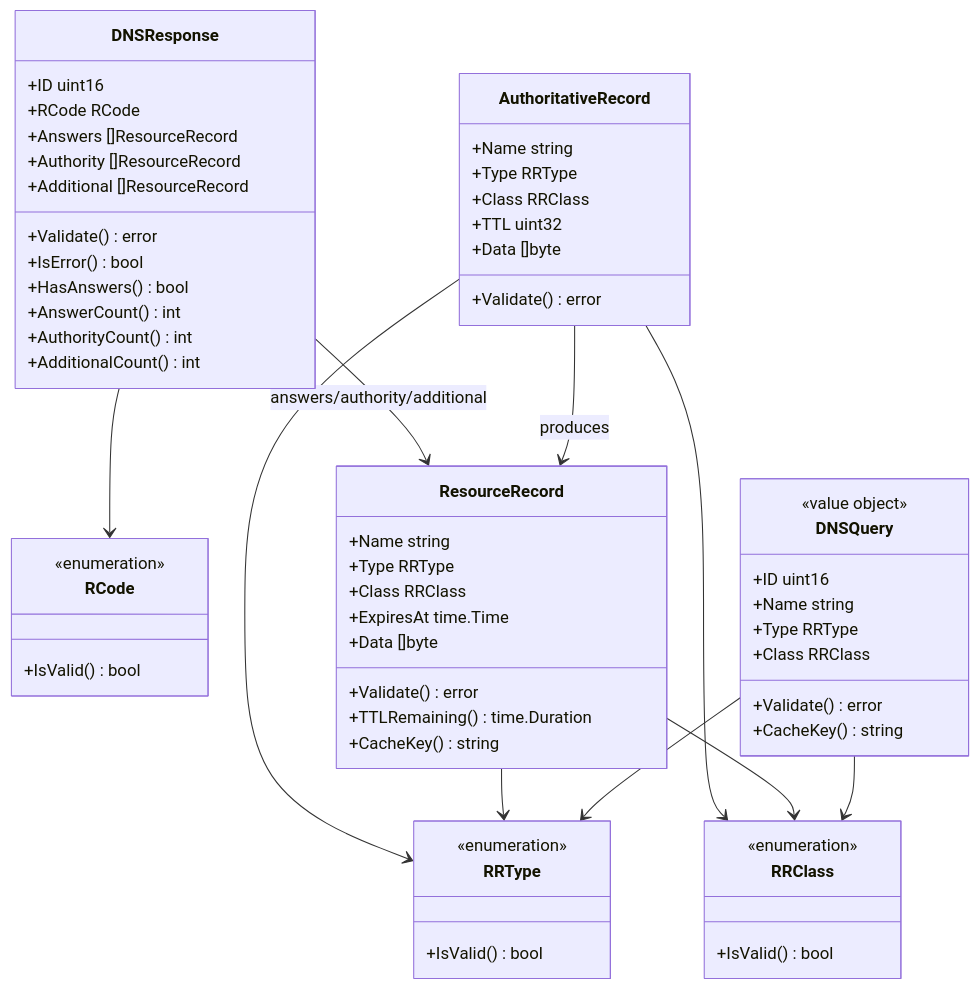
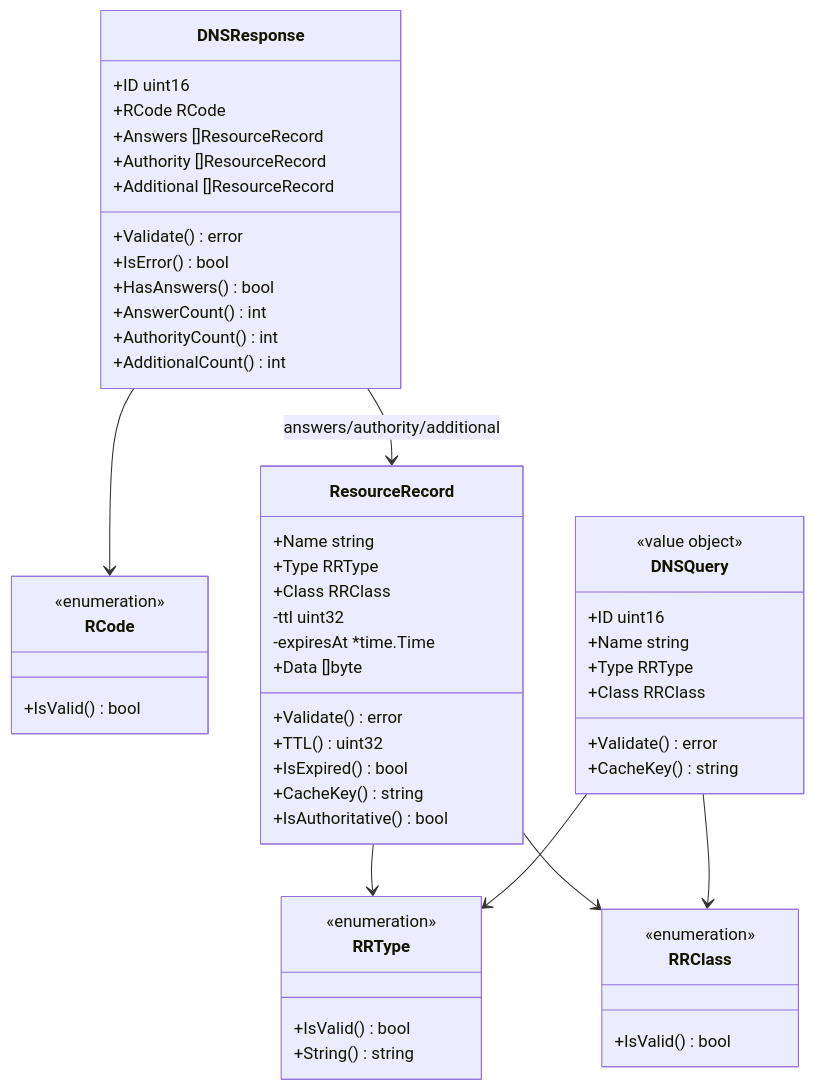
One commit to haukened/rr-dns changed the first of 2 diagrams in internal/dns/domain/README.md. Above: the diagram before and after it, drawn with Mermaid. The commit also changed other lines of this file and 8 other files, not shown here.

````diff
--- a/internal/dns/domain/README.md
+++ b/internal/dns/domain/README.md
@@ -320,72 +325,64 @@
 ```mermaid
 classDiagram
     class RRType {
       <<enumeration>>
       +IsValid() bool
+      +String() string
     }
 
     class RRClass {
       <<enumeration>>
       +IsValid() bool
     }
 
     class RCode {
       <<enumeration>>
       +IsValid() bool
     }
 
     class DNSQuery {
         <<value object>>
         +ID uint16
         +Name string
         +Type RRType
         +Class RRClass
         +Validate() error
         +CacheKey() string
     }
 
-    class AuthoritativeRecord {
-        +Name string
-        +Type RRType
-        +Class RRClass
-        +TTL uint32
-        +Data []byte
-        +Validate() error
-    }
-
     class ResourceRecord {
         +Name string
         +Type RRType
         +Class RRClass
-        +ExpiresAt time.Time
+        -ttl uint32
+        -expiresAt *time.Time
         +Data []byte
         +Validate() error
-        +TTLRemaining() time.Duration
+        +TTL() uint32
+        +IsExpired() bool
         +CacheKey() string
+        +IsAuthoritative() bool
     }
 
     class DNSResponse {
         +ID uint16
         +RCode RCode
         +Answers []ResourceRecord
         +Authority []ResourceRecord
         +Additional []ResourceRecord
         +Validate() error
         +IsError() bool
         +HasAnswers() bool
         +AnswerCount() int
         +AuthorityCount() int
         +AdditionalCount() int
     }
 
     %% Associations
     DNSResponse --> RCode
     DNSResponse --> ResourceRecord : answers/authority/additional
-    AuthoritativeRecord --> RRType
-    AuthoritativeRecord --> RRClass
-    AuthoritativeRecord --> ResourceRecord : produces
     ResourceRecord --> RRType
     ResourceRecord --> RRClass
     DNSQuery --> RRType
     DNSQuery --> RRClass
 ```
````
